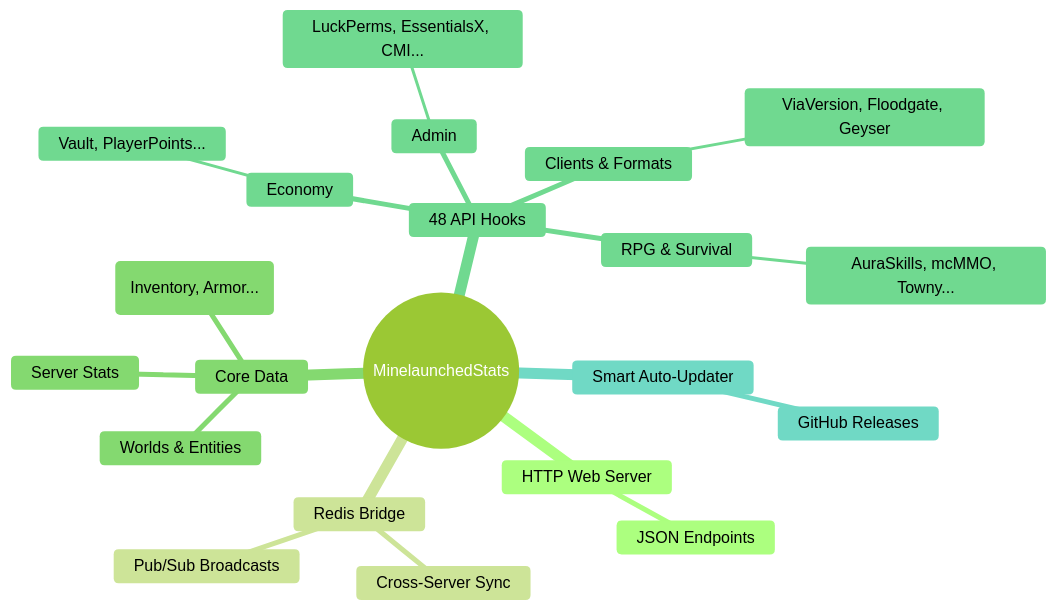
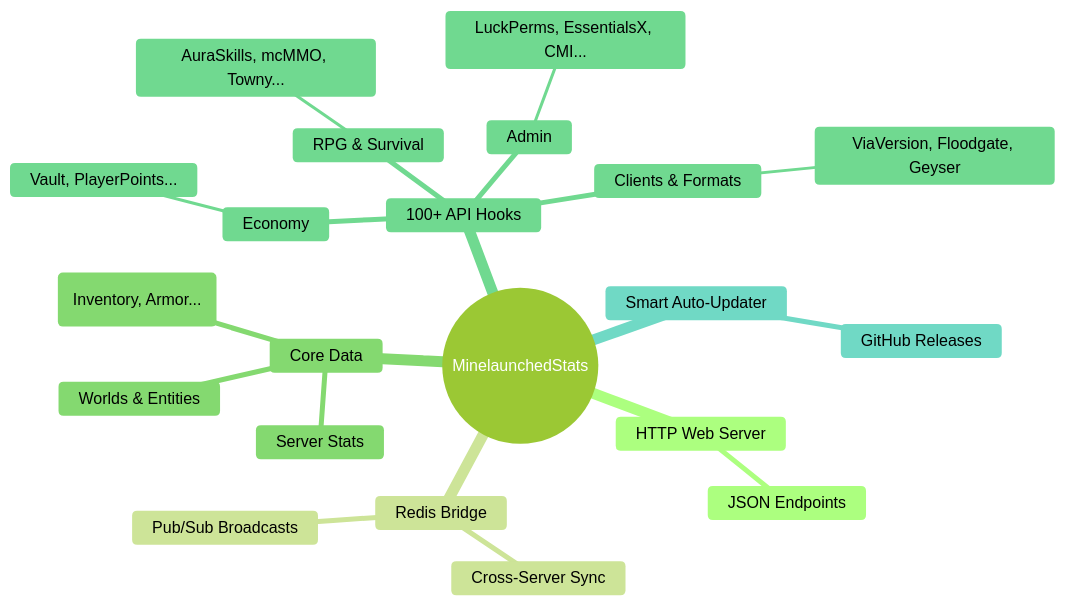
The diagram in README.md (Minelaunched/Minelaunched-Stats), drawn with Mermaid (forest theme) before and after one commit. The commit also changed other lines of this file and 1 other file, not shown here.

Commit message:
docs: Update README and docs to reflect 100+ hooks and dynamic config cleanup

````diff
--- a/README.md
+++ b/README.md
@@ -39,24 +39,24 @@
 ```mermaid
 mindmap
   root((MinelaunchedStats))
     HTTP Web Server
       JSON Endpoints
     Redis Bridge
       Pub/Sub Broadcasts
       Cross-Server Sync
     Core Data
       Server Stats
       Worlds & Entities
       Players (Inventory, Armor...)
-    48 API Hooks
+    100+ API Hooks
       Economy
         Vault, PlayerPoints...
       Admin
         LuckPerms, EssentialsX, CMI...
       RPG & Survival
         AuraSkills, mcMMO, Towny...
       Clients & Formats
         ViaVersion, Floodgate, Geyser
     Smart Auto-Updater
       GitHub Releases
 ```
````
